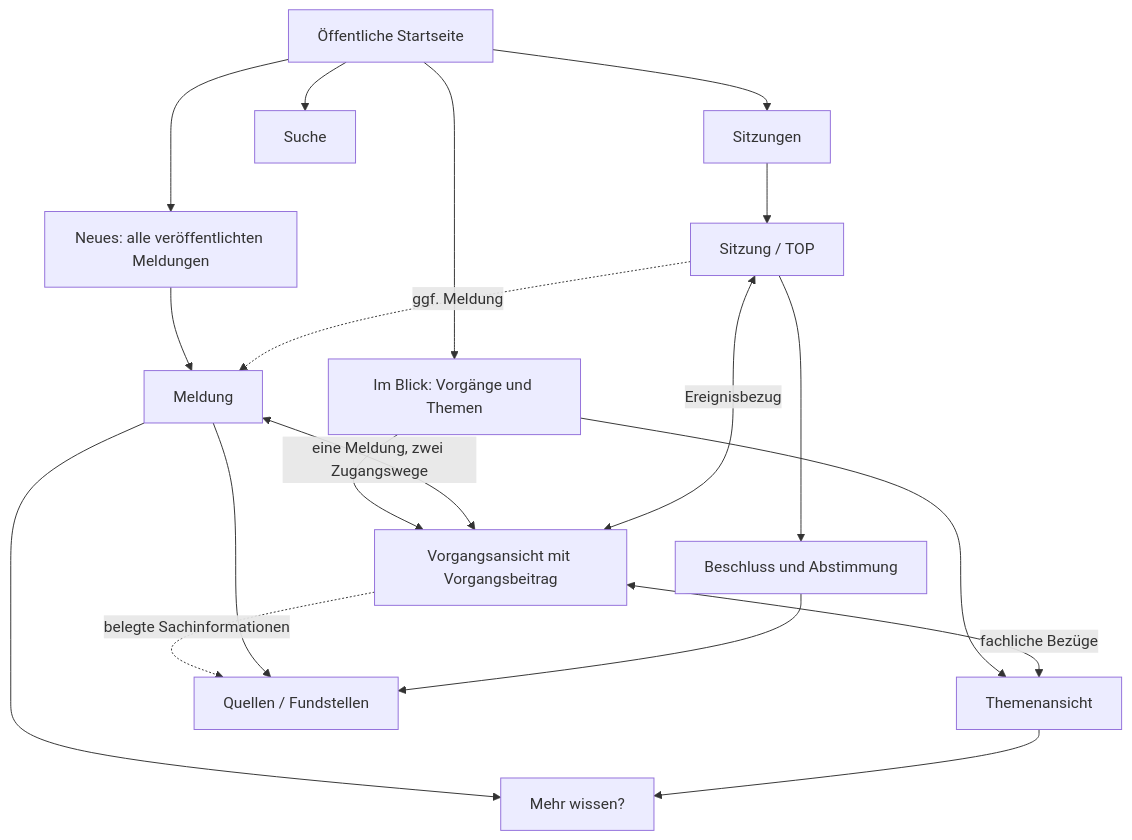
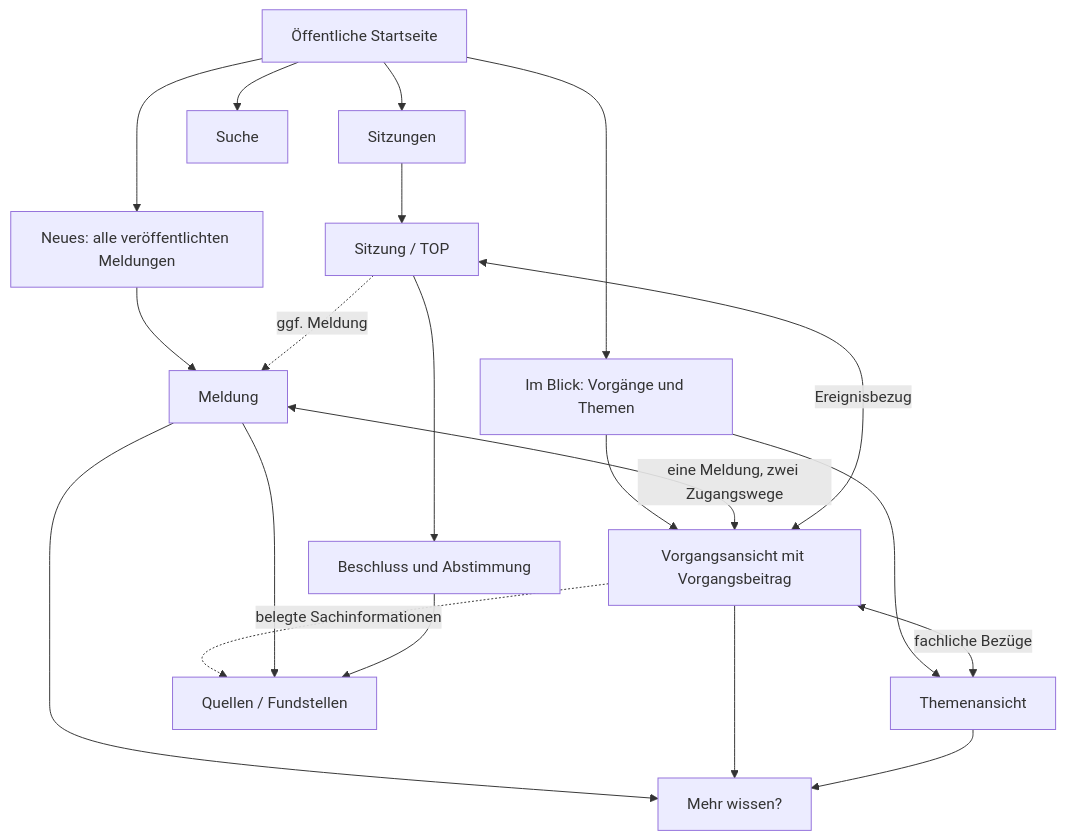
Before and after one commit to PustefixReisen/fib-echtsystem: the diagram in docs/fachhandbuch/09-Oeffentliches-FIB-Angebot-Entwurf-2026-10-26.md, drawn with Mermaid. The commit also changed other lines of this file, not shown here.

Commit message:
docs: Mehr wissen auch fuer Vorgaenge fachlich vereinbaren

````diff
--- a/docs/fachhandbuch/09-Oeffentliches-FIB-Angebot-Entwurf-2026-10-26.md
+++ b/docs/fachhandbuch/09-Oeffentliches-FIB-Angebot-Entwurf-2026-10-26.md
@@ -23,21 +23,22 @@
 ```mermaid
 flowchart TD
   START["Öffentliche Startseite"] --> NEU["Neues: alle veröffentlichten Meldungen"]
   START --> BLICK["Im Blick: Vorgänge und Themen"]
   START --> SITZ["Sitzungen"]
   START --> SUCHE["Suche"]
   NEU --> M["Meldung"]
   BLICK --> V["Vorgangsansicht mit Vorgangsbeitrag"]
   BLICK --> T["Themenansicht"]
   M <-->|"eine Meldung, zwei Zugangswege"| V
   V <-->|"fachliche Bezüge"| T
   SITZ --> TOP["Sitzung / TOP"]
   TOP --> BES["Beschluss und Abstimmung"]
   TOP <-->|"Ereignisbezug"| V
   TOP -.->|"ggf. Meldung"| M
   M --> MEHR["Mehr wissen?"]
+  V --> MEHR
   T --> MEHR
   V -.->|"belegte Sachinformationen"| QUELLE["Quellen / Fundstellen"]
   M --> QUELLE
   BES --> QUELLE
 ```
````
